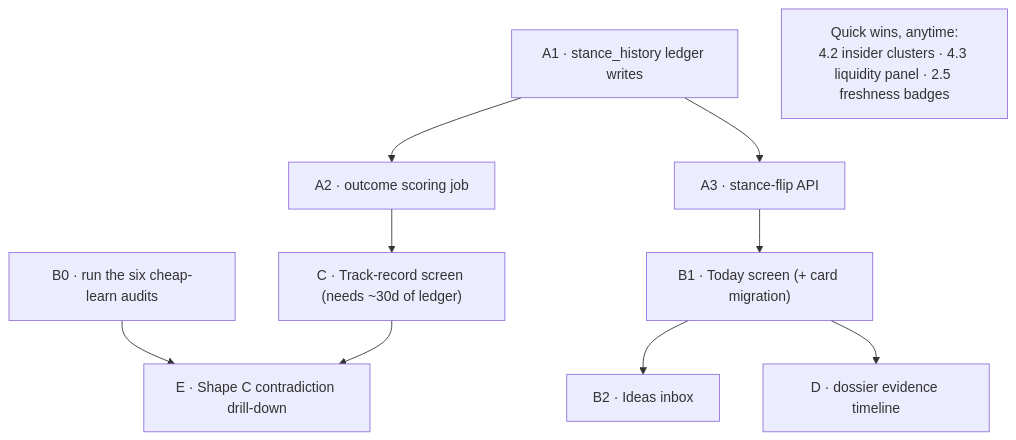
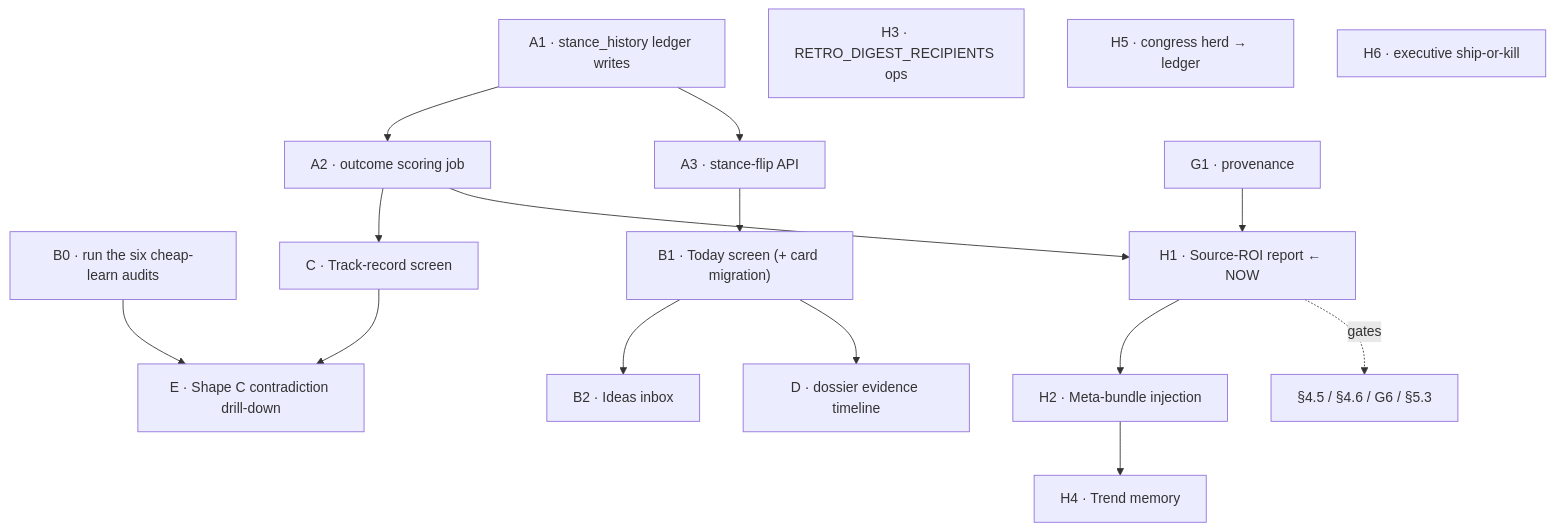
One commit to CreamyG31337/Portfolio-AI changed the second of 2 diagrams in docs/ROADMAP.md. Above: the diagram before and after it, drawn with Mermaid. The commit also changed other lines of this file and 3 other files, not shown here.

First line of the commit message:
docs: update roadmap and phase documentation for clarity and accuracy

````diff
--- a/docs/ROADMAP.md
+++ b/docs/ROADMAP.md
@@ -478,12 +547,19 @@
 ```mermaid
 flowchart TD
     A1["A1 · stance_history ledger writes"] --> A2["A2 · outcome scoring job"]
     A1 --> A3["A3 · stance-flip API"]
     B0["B0 · run the six cheap-learn audits"] --> E1["E · Shape C contradiction drill-down"]
     A3 --> B1["B1 · Today screen (+ card migration)"]
     B1 --> B2["B2 · Ideas inbox"]
-    A2 --> C1["C · Track-record screen (needs ~30d of ledger)"]
+    A2 --> C1["C · Track-record screen"]
     B1 --> D1["D · dossier evidence timeline"]
     C1 --> E1
-    Q1["Quick wins, anytime:<br/>4.2 insider clusters · 4.3 liquidity panel · 2.5 freshness badges"]
+    G1["G1 · provenance"] --> H1["H1 · Source-ROI report ← NOW"]
+    A2 --> H1
+    H1 --> H2["H2 · Meta-bundle injection"]
+    H1 -.->|"gates"| F56["§4.5 / §4.6 / G6 / §5.3"]
+    H3["H3 · RETRO_DIGEST_RECIPIENTS ops"]
+    H2 --> H4["H4 · Trend memory"]
+    H5["H5 · congress herd → ledger"]
+    H6["H6 · executive ship-or-kill"]
 ```
````
